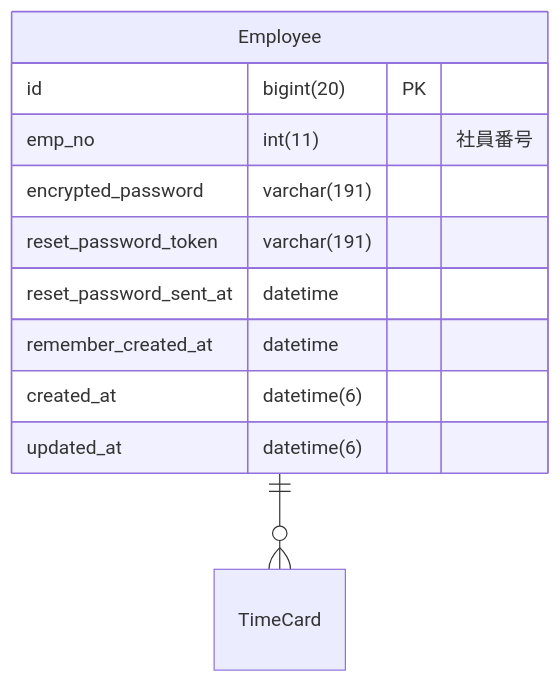
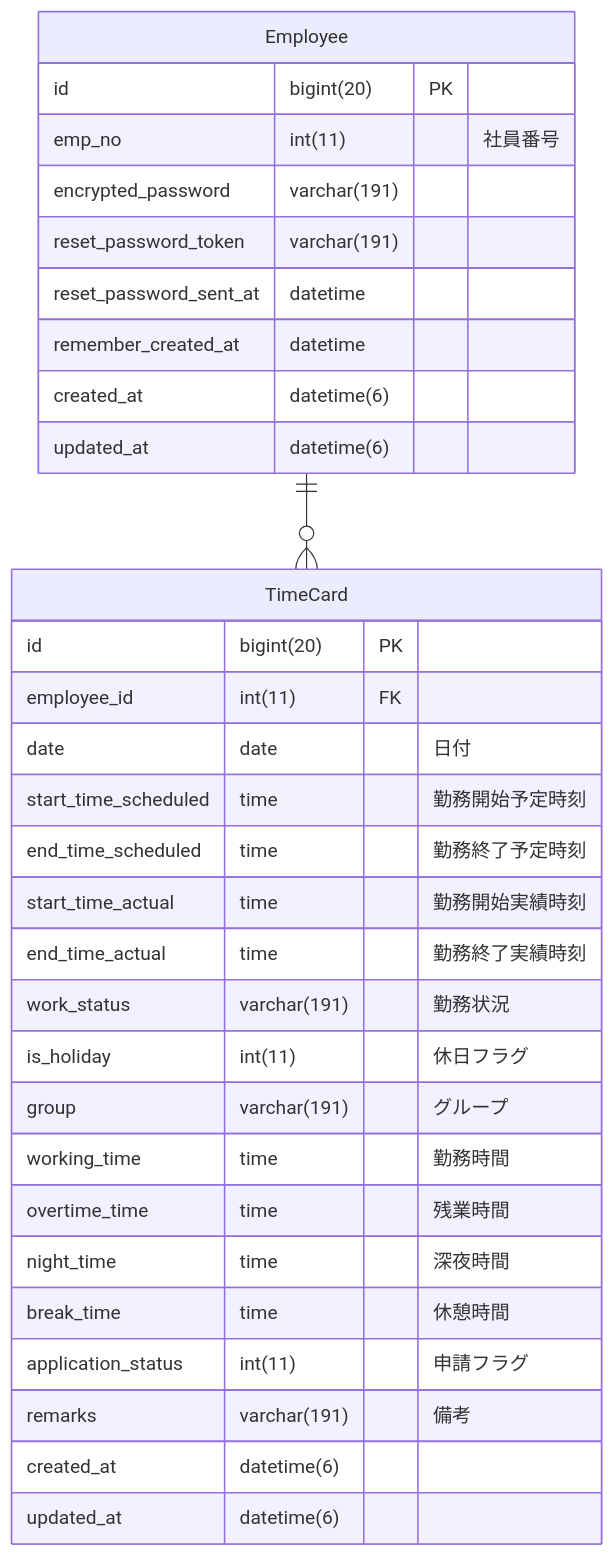
The third of 3 diagrams in DESIGN.md (shuntaron/original-product), drawn with Mermaid before and after one commit.

Commit message:
Update DESIGN.md STEP2 erDiagram

````diff
--- a/DESIGN.md
+++ b/DESIGN.md
@@ -80,15 +80,35 @@
 ```mermaid
 erDiagram
   Employee ||--o{ TimeCard: ""
 
   Employee {
     id                      bigint(20)    PK  ""
     emp_no                  int(11)           "社員番号"
     encrypted_password      varchar(191)      ""
     reset_password_token    varchar(191)      ""
     reset_password_sent_at  datetime          ""
     remember_created_at     datetime          ""
     created_at              datetime(6)       ""
     updated_at              datetime(6)       ""
   }
+  TimeCard {
+    id                      bigint(20)    PK  ""
+    employee_id             int(11)       FK  ""
+    date                    date              "日付"
+    start_time_scheduled    time              "勤務開始予定時刻"
+    end_time_scheduled      time              "勤務終了予定時刻"
+    start_time_actual       time              "勤務開始実績時刻"
+    end_time_actual         time              "勤務終了実績時刻"
+    work_status             varchar(191)      "勤務状況"
+    is_holiday              int(11)           "休日フラグ"
+    group                   varchar(191)      "グループ"
+    working_time            time              "勤務時間"
+    overtime_time           time              "残業時間"
+    night_time              time              "深夜時間"
+    break_time              time              "休憩時間"
+    application_status      int(11)           "申請フラグ"
+    remarks                 varchar(191)      "備考"
+    created_at              datetime(6)       ""
+    updated_at              datetime(6)       ""
+  }
 ```
````
